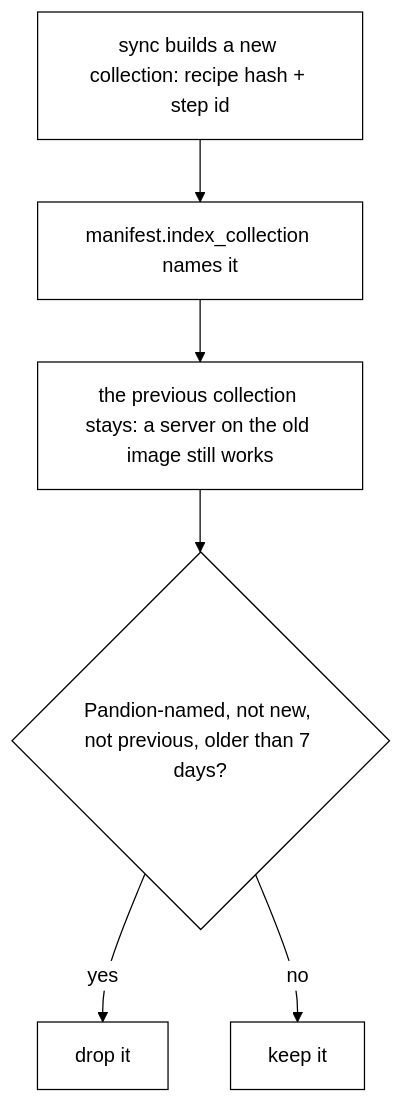
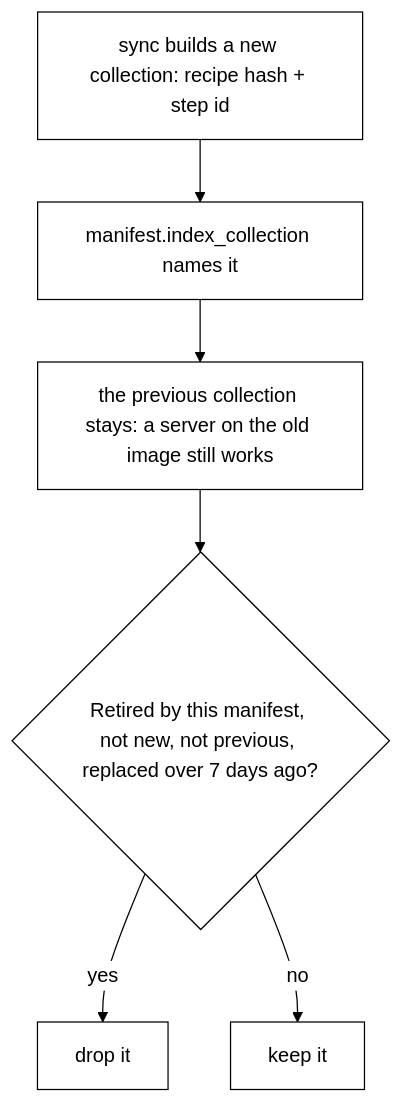
Before and after one commit to nadeem4/rag-playground: the fourth of 5 diagrams in docs/architecture.md, drawn with Mermaid. The commit also changed other lines of this file and 7 other files, not shown here.

Commit message:
fix(pandion): cleanup drops only what this manifest retired, after a grace period from retirement (T3)

````diff
--- a/docs/architecture.md
+++ b/docs/architecture.md
@@ -296,9 +296,9 @@
 ```mermaid
 %%{init: {'theme':'base','themeVariables':{'primaryColor':'#ffffff','primaryTextColor':'#000000','primaryBorderColor':'#000000','lineColor':'#000000'}}}%%
 flowchart TD
     A["sync builds a new collection: recipe hash + step id"] --> B["manifest.index_collection names it"]
     B --> C["the previous collection stays: a server on the old image still works"]
-    C --> D{"Pandion-named, not new, not previous, older than 7 days?"}
+    C --> D{"Retired by this manifest, not new, not previous, replaced over 7 days ago?"}
     D -- yes --> E["drop it"]
     D -- no --> F["keep it"]
 ```
````
